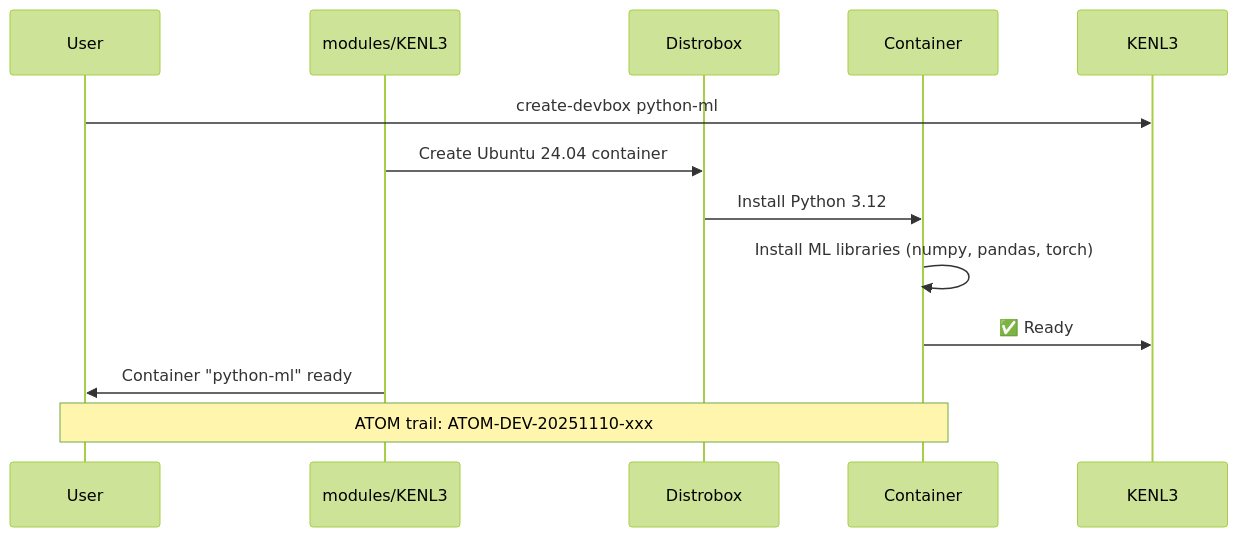
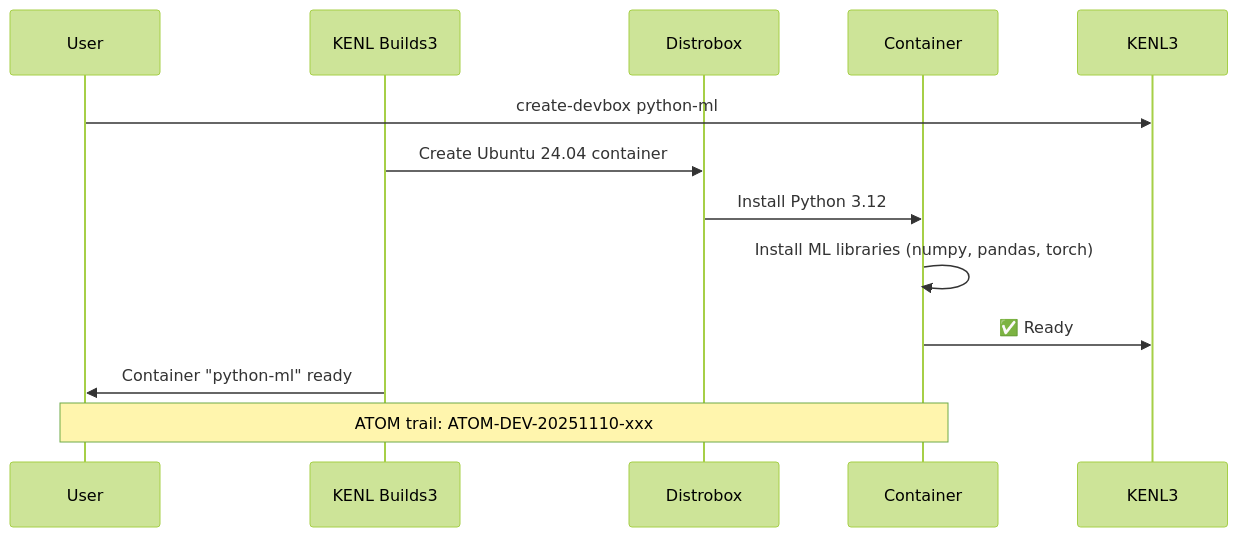
Before and after one commit to toolate28/kenl: the fifth of 9 diagrams in README.md, drawn with Mermaid (forest theme). The commit also changed other lines of this file, not shown here.

````diff
--- a/README.md
+++ b/README.md
@@ -448,16 +448,16 @@
 ```mermaid
 sequenceDiagram
     participant User
-    participant modules/KENL3
+    participant KENL Builds3
     participant Distrobox
     participant Container
 
     User->>KENL3: create-devbox python-ml
-    modules/KENL3->>Distrobox: Create Ubuntu 24.04 container
+    KENL Builds3->>Distrobox: Create Ubuntu 24.04 container
     Distrobox->>Container: Install Python 3.12
     Container->>Container: Install ML libraries (numpy, pandas, torch)
     Container->>KENL3: ✅ Ready
-    modules/KENL3->>User: Container "python-ml" ready
+    KENL Builds3->>User: Container "python-ml" ready
 
     Note over User,Container: ATOM trail: ATOM-DEV-20251110-xxx
 ```
````
